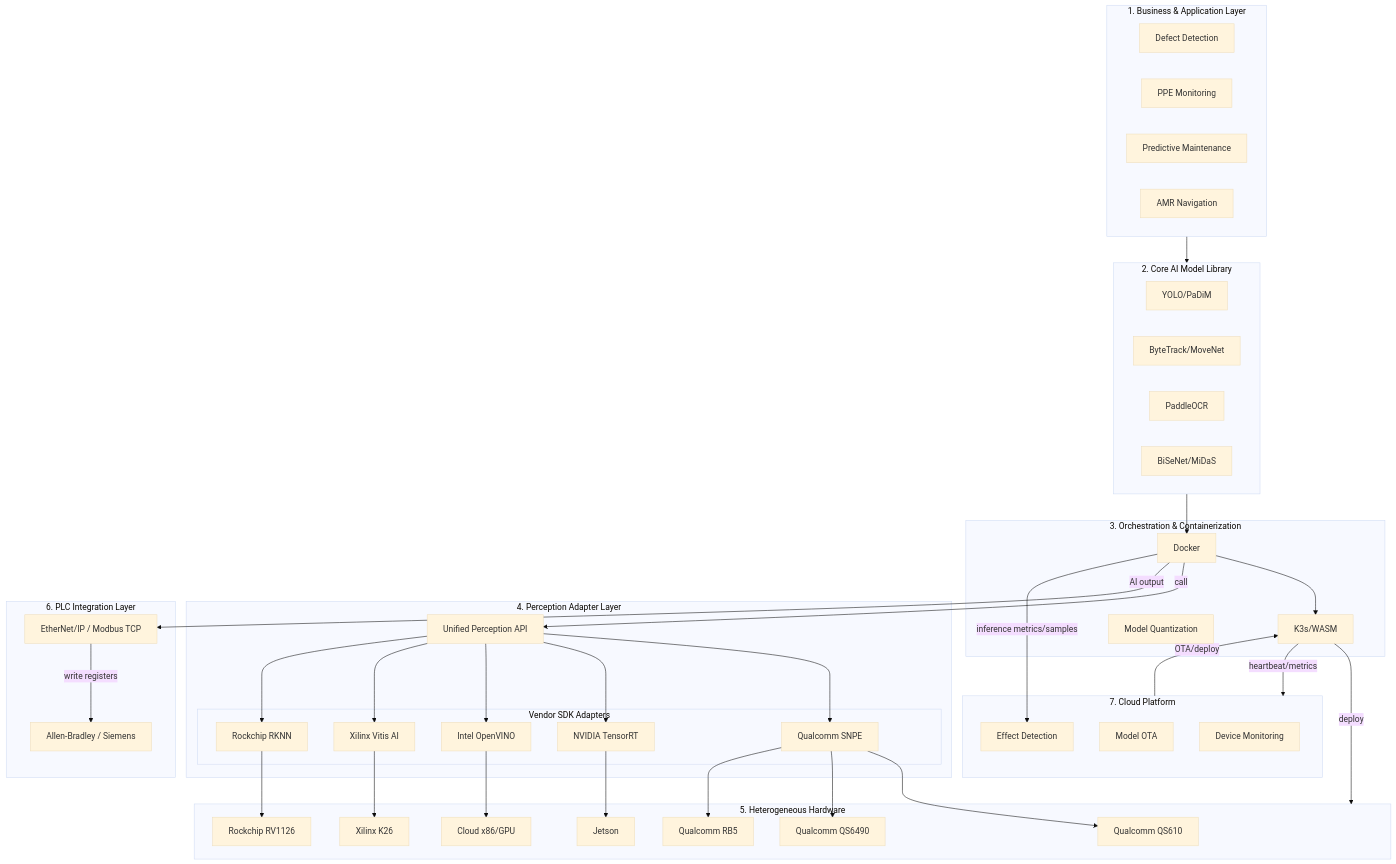
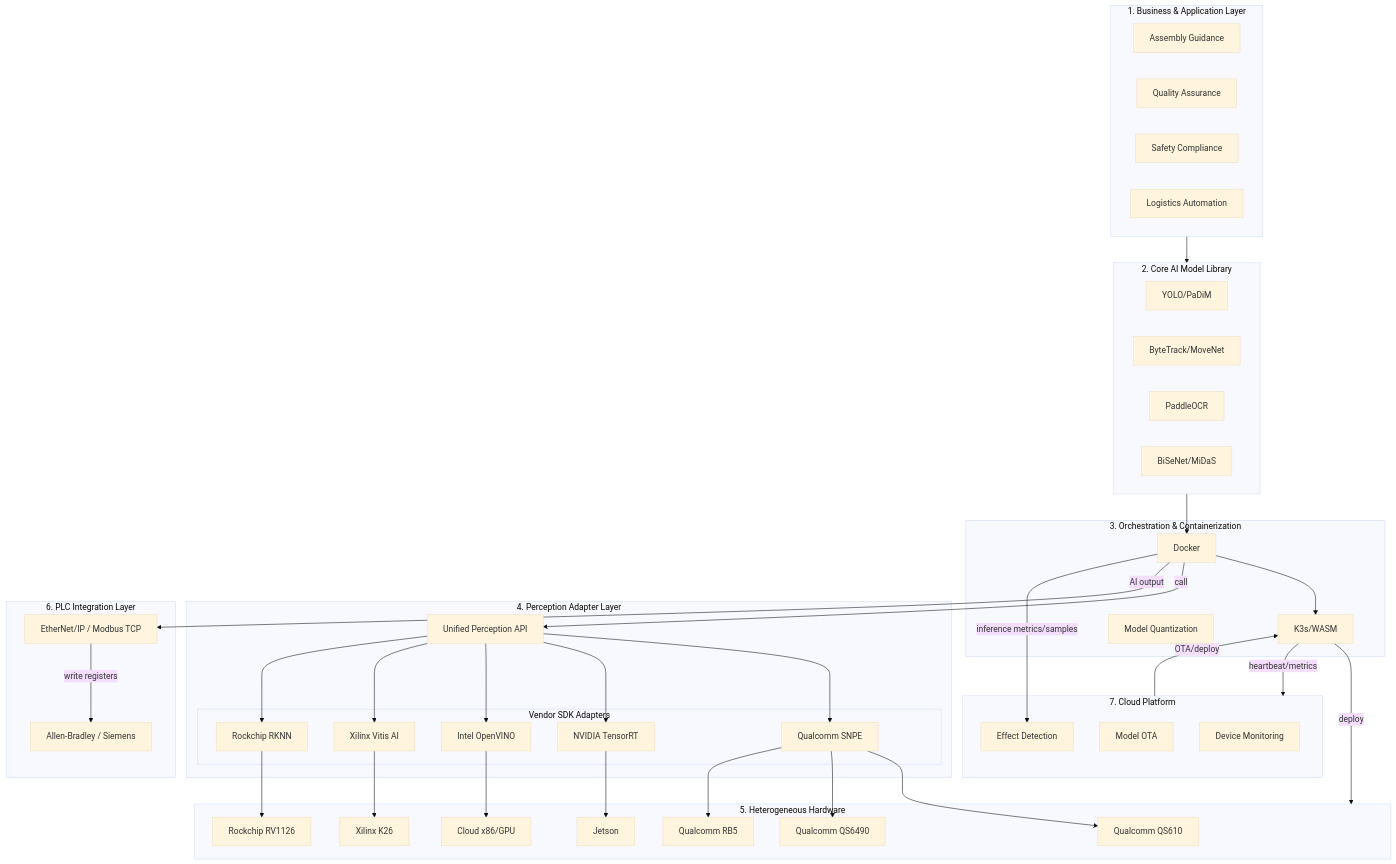
The diagram in docs/Configurable_Industrial_Camera_Solution.md (JeffRen1977/smartCamera), drawn with Mermaid (base theme) before and after one commit. The commit also changed other lines of this file and 12 other files, not shown here.

````diff
--- a/docs/Configurable_Industrial_Camera_Solution.md
+++ b/docs/Configurable_Industrial_Camera_Solution.md
@@ -61,77 +61,77 @@
 ```mermaid
 flowchart TD
     subgraph AppLayer [1. Business & Application Layer]
-        SceneA[Defect Detection]
-        SceneB[PPE Monitoring]
-        SceneC[Predictive Maintenance]
-        SceneD[AMR Navigation]
+        SceneA[Assembly Guidance]
+        SceneB[Quality Assurance]
+        SceneC[Safety Compliance]
+        SceneD[Logistics Automation]
     end
 
     subgraph AlgoLib [2. Core AI Model Library]
         YOLO[YOLO/PaDiM]
         Track[ByteTrack/MoveNet]
         OCR[PaddleOCR]
         Seg[BiSeNet/MiDaS]
     end
 
     subgraph Orchestr [3. Orchestration & Containerization]
         Docker[Docker]
         K3s[K3s/WASM]
         Quant[Model Quantization]
     end
 
     subgraph HAL [4. Perception Adapter Layer]
         API[Unified Perception API]
         subgraph Vendor [Vendor SDK Adapters]
             SNPE[Qualcomm SNPE]
             TRT[NVIDIA TensorRT]
             OpenVINO[Intel OpenVINO]
             VitisAI[Xilinx Vitis AI]
             RKNN[Rockchip RKNN]
         end
     end
 
     subgraph HW [5. Heterogeneous Hardware]
         QS610[Qualcomm QS610]
         QS6490[Qualcomm QS6490]
         RB5[Qualcomm RB5]
         Jetson[Jetson]
         K26[Xilinx K26]
         RV1126[Rockchip RV1126]
         Cloud[Cloud x86/GPU]
     end
 
     subgraph PLCLayer [6. PLC Integration Layer]
         PLCAdapter[EtherNet/IP / Modbus TCP]
         PLCDevice[Allen-Bradley / Siemens]
     end
 
     subgraph CloudLayer [7. Cloud Platform]
         Monitor[Device Monitoring]
         ModelDeploy[Model OTA]
         EffectCheck[Effect Detection]
     end
 
     AppLayer --> AlgoLib
     AlgoLib --> Docker
     Docker --> K3s
     K3s -->|deploy| HW
     Docker -->|call| API
     API --> SNPE
     API --> TRT
     API --> OpenVINO
     API --> VitisAI
     API --> RKNN
     SNPE --> QS610
     SNPE --> QS6490
     SNPE --> RB5
     TRT --> Jetson
     OpenVINO --> Cloud
     VitisAI --> K26
     RKNN --> RV1126
     Docker -->|AI output| PLCAdapter
     PLCAdapter -->|write registers| PLCDevice
     CloudLayer -->|OTA/deploy| K3s
     K3s -->|heartbeat/metrics| CloudLayer
     Docker -->|inference metrics/samples| EffectCheck
 ```
````
